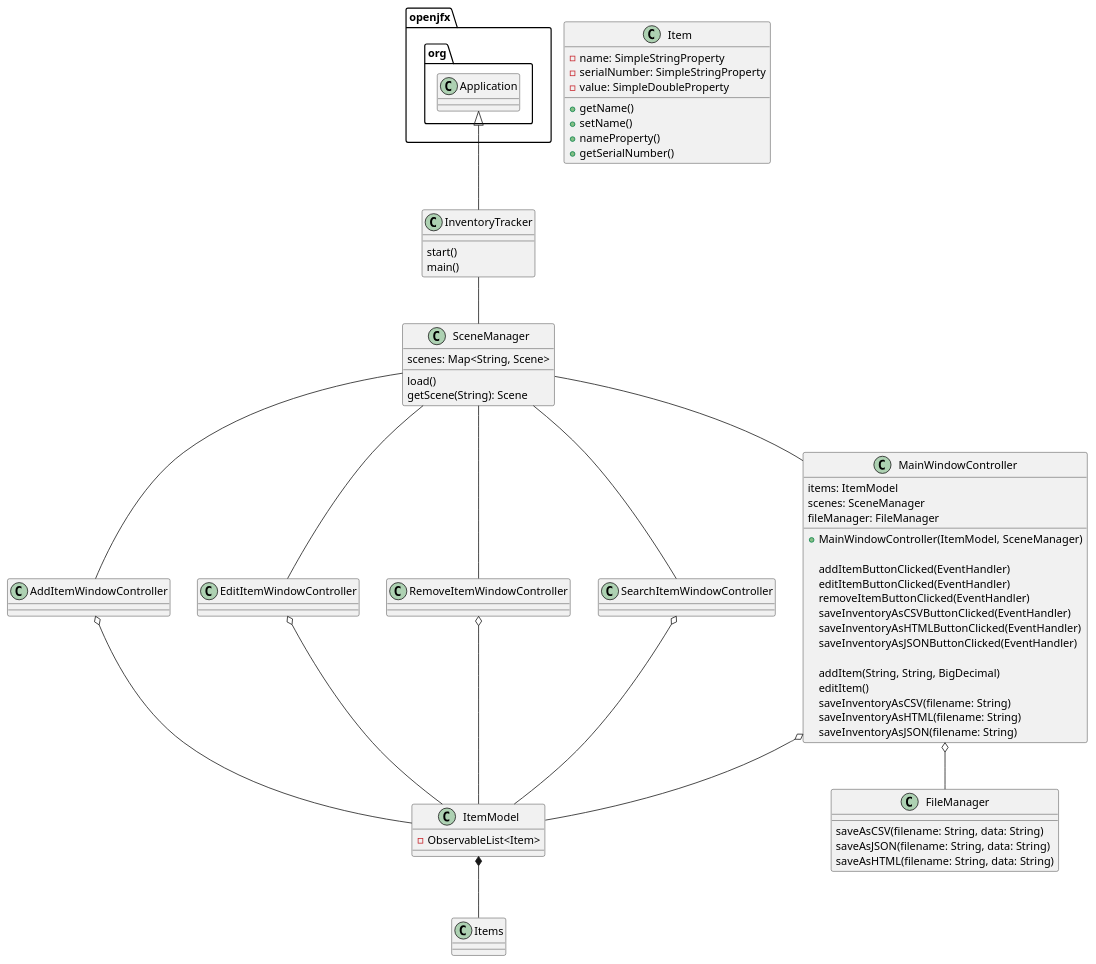
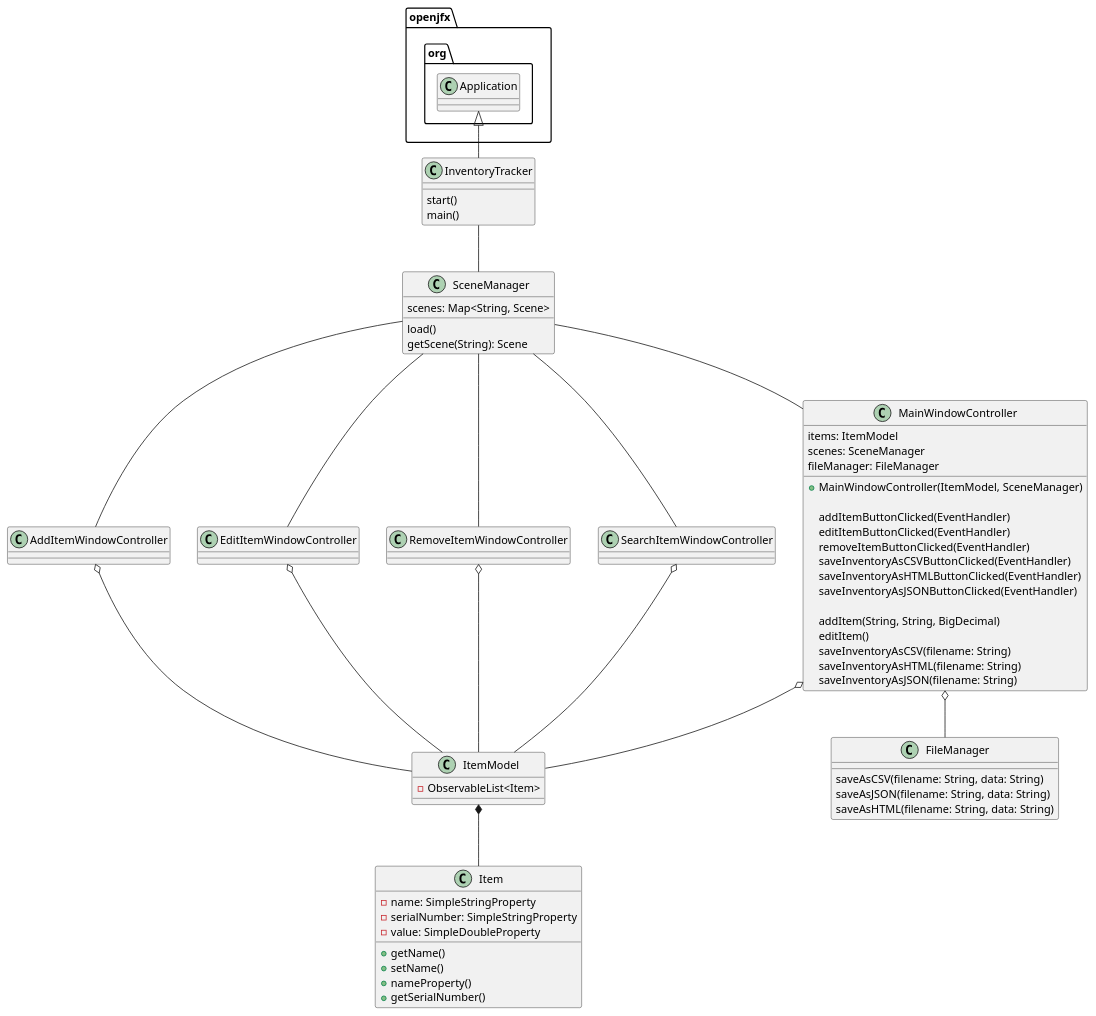
One commit to GSabiniPanini/Assignment5 changed the diagram in uml/Assignment5.puml. Above: the diagram before and after it, drawn with PlantUML. The commit also changed 7 other files, not shown here.

```diff
--- a/uml/Assignment5.puml
+++ b/uml/Assignment5.puml
@@ -1,83 +1,83 @@
 @startuml
 
 class InventoryTracker {
     start()
     main()
 }
 
 class SceneManager {
     scenes: Map<String, Scene>
 
     load()
     getScene(String): Scene
 }
 
 class MainWindowController {
     items: ItemModel
     scenes: SceneManager
     fileManager: FileManager
 
     + MainWindowController(ItemModel, SceneManager)
 
     addItemButtonClicked(EventHandler)
     editItemButtonClicked(EventHandler)
     removeItemButtonClicked(EventHandler)
     saveInventoryAsCSVButtonClicked(EventHandler)
     saveInventoryAsHTMLButtonClicked(EventHandler)
     saveInventoryAsJSONButtonClicked(EventHandler)
 
     addItem(String, String, BigDecimal)
     editItem()
     saveInventoryAsCSV(filename: String)
     saveInventoryAsHTML(filename: String)
     saveInventoryAsJSON(filename: String)
 }
 
 class AddItemWindowController {
 }
 
 class EditItemWindowController {
 }
 
 class RemoveItemWindowController {
 }
 
 class SearchItemWindowController {
 }
 
 class ItemModel {
     - ObservableList<Item>
 }
 
 class Item {
     - name: SimpleStringProperty
     - serialNumber: SimpleStringProperty
     - value: SimpleDoubleProperty
 
     + getName()
     + setName()
     + nameProperty()
     + getSerialNumber()
 }
 
 class FileManager {
     saveAsCSV(filename: String, data: String)
     saveAsJSON(filename: String, data: String)
     saveAsHTML(filename: String, data: String)
 }
 
 openjfx.org.Application <|-- InventoryTracker
 InventoryTracker -- SceneManager
 SceneManager -- MainWindowController
 SceneManager -- AddItemWindowController
 SceneManager -- EditItemWindowController
 SceneManager -- RemoveItemWindowController
 SceneManager -- SearchItemWindowController
 MainWindowController o-- ItemModel
 AddItemWindowController o-- ItemModel
 EditItemWindowController o-- ItemModel
 RemoveItemWindowController o-- ItemModel
 SearchItemWindowController o-- ItemModel
-ItemModel *-- Items
+ItemModel *-- Item
 MainWindowController o-- FileManager
 @enduml
```
